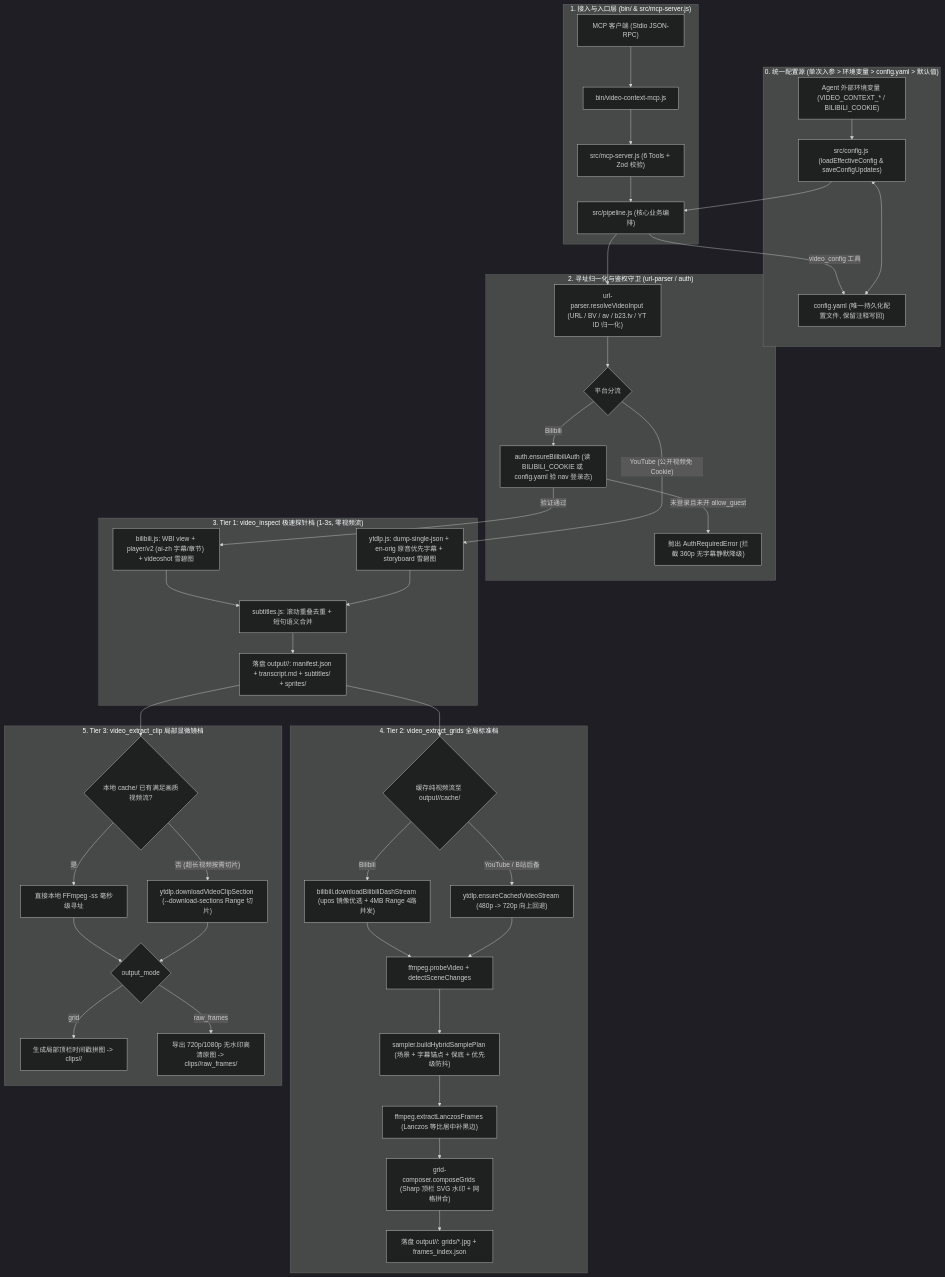
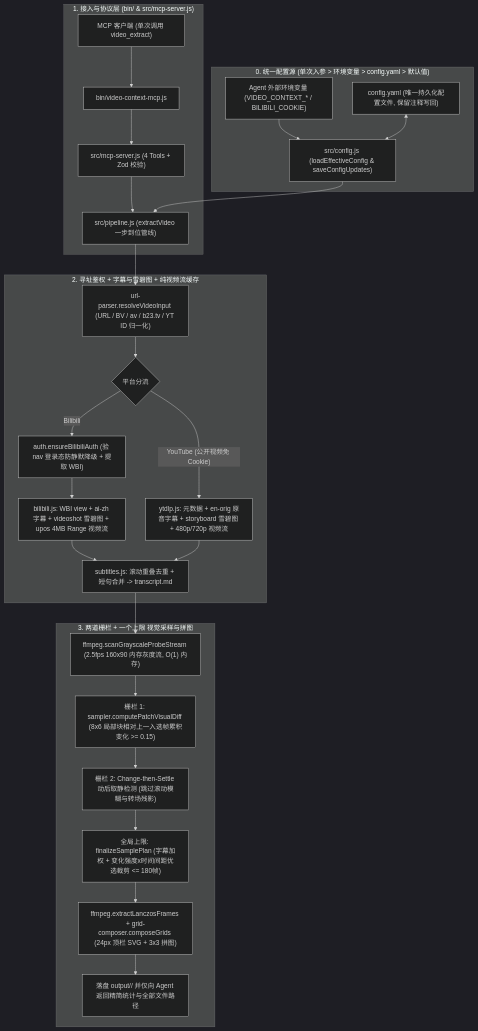
The diagram in docs/README.md (chengdidididi/video-context-mcp), drawn with Mermaid (dark theme) before and after one commit. The commit also changed other lines of this file and 14 other files, not shown here.

Commit message:
feat!: unify into one-shot Two-Gate + Cap pipeline returning file paths only

````diff
--- a/docs/README.md
+++ b/docs/README.md
@@ -9,52 +9,33 @@
 ```mermaid
 flowchart TD
     subgraph CfgSource["0. 统一配置源 (单次入参 > 环境变量 > config.yaml > 默认值)"]
         EnvVars["Agent 外部环境变量 (VIDEO_CONTEXT_* / BILIBILI_COOKIE)"] --> ConfigHub["src/config.js (loadEffectiveConfig & saveConfigUpdates)"]
         YamlFile["config.yaml (唯一持久化配置文件, 保留注释写回)"] <--> ConfigHub
     end
 
-    subgraph Entry["1. 接入与入口层 (bin/ & src/mcp-server.js)"]
-        MCPClient["MCP 客户端 (Stdio JSON-RPC)"] --> BinMCP["bin/video-context-mcp.js"]
-        BinMCP --> MCPServer["src/mcp-server.js (6 Tools + Zod 校验)"]
-        MCPServer --> Pipeline["src/pipeline.js (核心业务编排)"]
+    subgraph Entry["1. 接入与协议层 (bin/ & src/mcp-server.js)"]
+        MCPClient["MCP 客户端 (单次调用 video_extract)"] --> BinMCP["bin/video-context-mcp.js"]
+        BinMCP --> MCPServer["src/mcp-server.js (4 Tools + Zod 校验)"]
+        MCPServer --> Pipeline["src/pipeline.js (extractVideo 一步到位管线)"]
         ConfigHub --> Pipeline
     end
 
-    subgraph PreCheck["2. 寻址归一化与鉴权守卫 (url-parser / auth)"]
-        Pipeline -- "video_config 工具" --> YamlFile
+    subgraph Ingest["2. 寻址鉴权 + 字幕与雪碧图 + 纯视频流缓存"]
         Pipeline --> UrlParse["url-parser.resolveVideoInput (URL / BV / av / b23.tv / YT ID 归一化)"]
         UrlParse --> PlatformBranch{"平台分流"}
-        PlatformBranch -- "Bilibili" --> BiliAuth["auth.ensureBilibiliAuth (读 BILIBILI_COOKIE 或 config.yaml 验 nav 登录态)"]
-        BiliAuth -- "未登录且未开 allow_guest" --> AuthBlock["抛出 AuthRequiredError (拦截 360p 无字幕静默降级)"]
+        PlatformBranch -- "Bilibili" --> BiliAuth["auth.ensureBilibiliAuth (验 nav 登录态防静默降级 + 提取 WBI)"]
+        BiliAuth --> BiliFetch["bilibili.js: WBI view + ai-zh 字幕 + videoshot 雪碧图 + upos 4MB Range 视频流"]
+        PlatformBranch -- "YouTube (公开视频免 Cookie)" --> YtFetch["ytdlp.js: 元数据 + en-orig 原音字幕 + storyboard 雪碧图 + 480p/720p 视频流"]
+        BiliFetch --> SubClean["subtitles.js: 滚动重叠去重 + 短句合并 -> transcript.md"]
+        YtFetch --> SubClean
     end
 
-    subgraph Tier1["3. Tier 1: video_inspect 极速探针档 (1-3s, 零视频流)"]
-        BiliAuth -- "验证通过" --> BiliT1["bilibili.js: WBI view + player/v2 (ai-zh 字幕/章节) + videoshot 雪碧图"]
-        PlatformBranch -- "YouTube (公开视频免 Cookie)" --> YtT1["ytdlp.js: dump-single-json + en-orig 原音优先字幕 + storyboard 雪碧图"]
-        BiliT1 --> SubClean["subtitles.js: 滚动重叠去重 + 短句语义合并"]
-        YtT1 --> SubClean
-        SubClean --> WriteT1["落盘 output/<bundle_id>/: manifest.json + transcript.md + subtitles/ + sprites/"]
-    end
-
-    subgraph Tier2["4. Tier 2: video_extract_grids 全局标准档"]
-        WriteT1 --> StreamDL{"缓存纯视频流至 output/<bundle_id>/cache/"}
-        StreamDL -- "Bilibili" --> BiliDash["bilibili.downloadBilibiliDashStream (upos 镜像优选 + 4MB Range 4路并发)"]
-        StreamDL -- "YouTube / B站后备" --> YtStream["ytdlp.ensureCachedVideoStream (480p -> 720p 向上回退)"]
-        BiliDash --> SceneDet["ffmpeg.probeVideo + detectSceneChanges"]
-        YtStream --> SceneDet
-        SceneDet --> Sampler["sampler.buildHybridSamplePlan (场景 + 字幕锚点 + 保底 + 优先级防抖)"]
-        Sampler --> ExtractF["ffmpeg.extractLanczosFrames (Lanczos 等比居中补黑边)"]
-        ExtractF --> GridComp["grid-composer.composeGrids (Sharp 顶栏 SVG 水印 + 网格拼合)"]
-        GridComp --> WriteT2["落盘 output/<bundle_id>/: grids/*.jpg + frames_index.json"]
-    end
-
-    subgraph Tier3["5. Tier 3: video_extract_clip 局部显微镜档"]
-        WriteT1 --> ClipSrc{"本地 cache/ 已有满足画质视频流?"}
-        ClipSrc -- "是" --> ReuseCache["直接本地 FFmpeg -ss 毫秒级寻址"]
-        ClipSrc -- "否 (超长视频按需切片)" --> RangeDL["ytdlp.downloadVideoClipSection (--download-sections Range 切片)"]
-        ReuseCache --> ModeBranch{"output_mode"}
-        RangeDL --> ModeBranch
-        ModeBranch -- "grid" --> ClipGrid["生成局部顶栏时间戳拼图 -> clips/<slug>/"]
-        ModeBranch -- "raw_frames" --> ClipRaw["导出 720p/1080p 无水印高清原图 -> clips/<slug>/raw_frames/"]
+    subgraph TwoGate["3. 两道栅栏 + 一个上限 视觉采样与拼图"]
+        SubClean --> Probe["ffmpeg.scanGrayscaleProbeStream (2.5fps 160x90 内存灰度流, O(1) 内存)"]
+        Probe --> Gate1["栅栏 1: sampler.computePatchVisualDiff (8x6 局部块相对上一入选帧累积变化 >= 0.15)"]
+        Gate1 --> Gate2["栅栏 2: Change-then-Settle 动后取静检测 (跳过滚动模糊与转场残影)"]
+        Gate2 --> Cap["全局上限: finalizeSamplePlan (字幕加权 + 变化强度x时间间距优选裁剪 <= 180帧)"]
+        Cap --> Render["ffmpeg.extractLanczosFrames + grid-composer.composeGrids (24px 顶栏 SVG + 3x3 拼图)"]
+        Render --> Output["落盘 output/<bundle_id>/ 并仅向 Agent 返回精简统计与全部文件路径"]
     end
 ```
````
